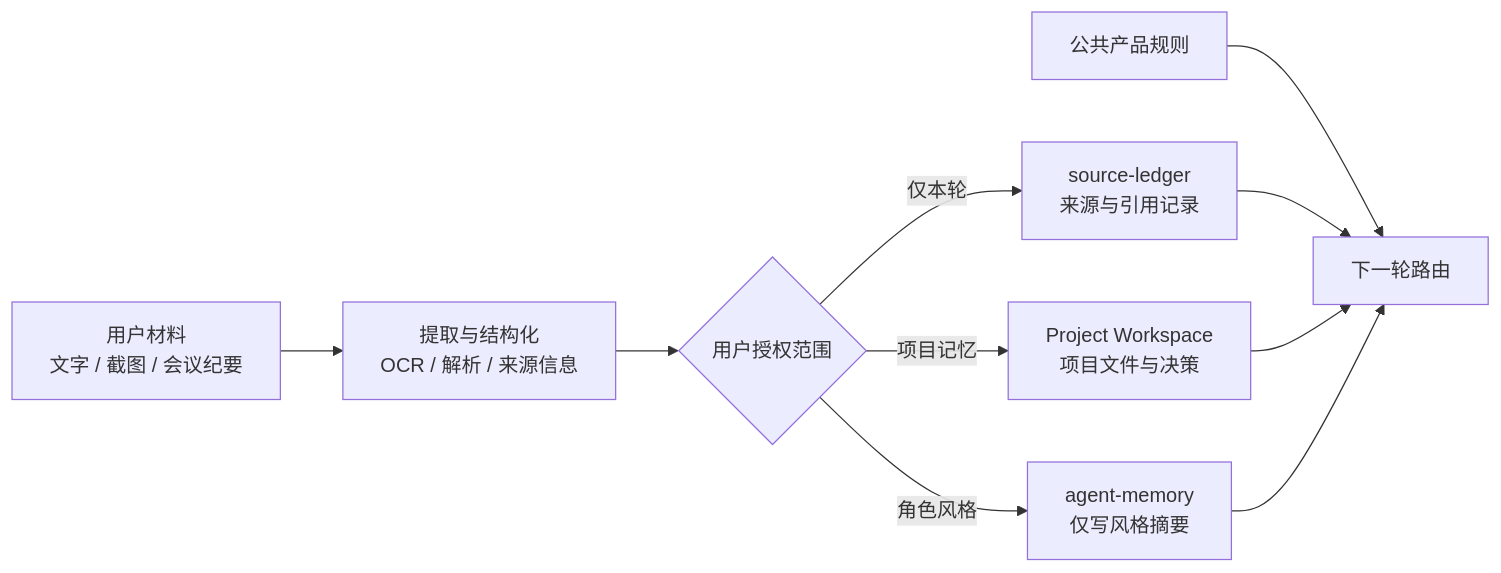
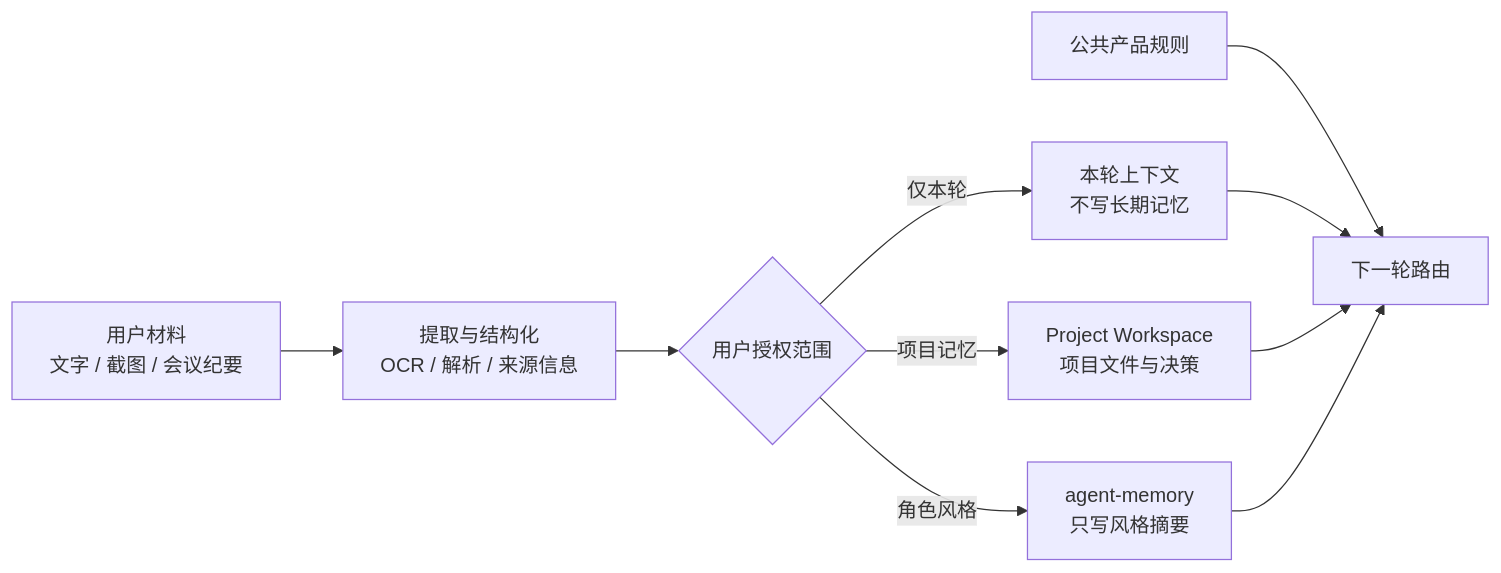
Before and after one commit to BreezeTong77/product-crew-os: the fourth of 4 diagrams in README.md, drawn with Mermaid. The commit also changed other lines of this file, not shown here.

````diff
--- a/README.md
+++ b/README.md
@@ -133,14 +166,14 @@
 ```mermaid
 flowchart LR
-  INPUT["用户材料\n文字 / 截图 / 会议纪要"] --> EXTRACT["提取与结构化\nOCR / 解析 / 来源信息"]
+  INPUT["用户材料<br/>文字 / 截图 / 会议纪要"] --> EXTRACT["提取与结构化<br/>OCR / 解析 / 来源信息"]
   EXTRACT --> CONSENT{"用户授权范围"}
 
-  CONSENT -- "仅本轮" --> LEDGER["source-ledger\n来源与引用记录"]
-  CONSENT -- "项目记忆" --> PROJECT["Project Workspace\n项目文件与决策"]
-  CONSENT -- "角色风格" --> ROLE["agent-memory\n仅写风格摘要"]
+  CONSENT -- "仅本轮" --> TURN["本轮上下文<br/>不写长期记忆"]
+  CONSENT -- "项目记忆" --> PROJECT["Project Workspace<br/>项目文件与决策"]
+  CONSENT -- "角色风格" --> ROLE["agent-memory<br/>只写风格摘要"]
 
   RULES["公共产品规则"] --> ROUTE["下一轮路由"]
-  LEDGER --> ROUTE
+  TURN --> ROUTE
   PROJECT --> ROUTE
   ROLE --> ROUTE
 ```
````
